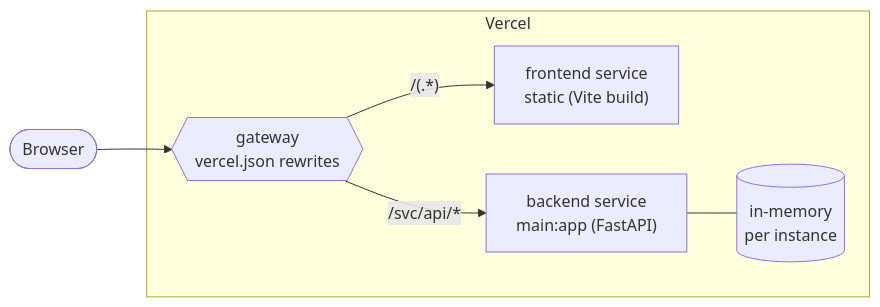
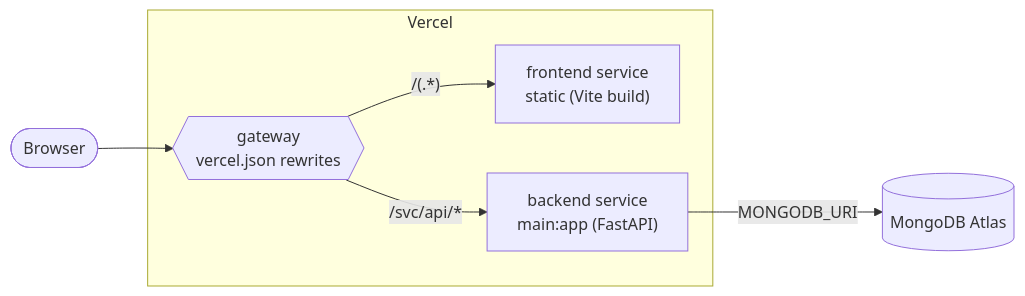
One commit to rishabh750/quiz changed the second of 5 diagrams in docs/ARCHITECTURE.md. Above: the diagram before and after it, drawn with Mermaid. The commit also changed other lines of this file and 9 other files, not shown here.

````diff
--- a/docs/ARCHITECTURE.md
+++ b/docs/ARCHITECTURE.md
@@ -48,14 +48,14 @@
 ```mermaid
 graph LR
   User(["Browser"])
   subgraph Vercel
     GWY{{"gateway<br/>vercel.json rewrites"}}
     FE["frontend service<br/>static (Vite build)"]
     BE["backend service<br/>main:app (FastAPI)"]
-    MEM[("in-memory<br/>per instance")]
-    BE --- MEM
   end
+  DB[("MongoDB Atlas")]
   User --> GWY
   GWY -->|"/svc/api/*"| BE
   GWY -->|"/(.*)"| FE
+  BE -->|"MONGODB_URI"| DB
 ```
````
